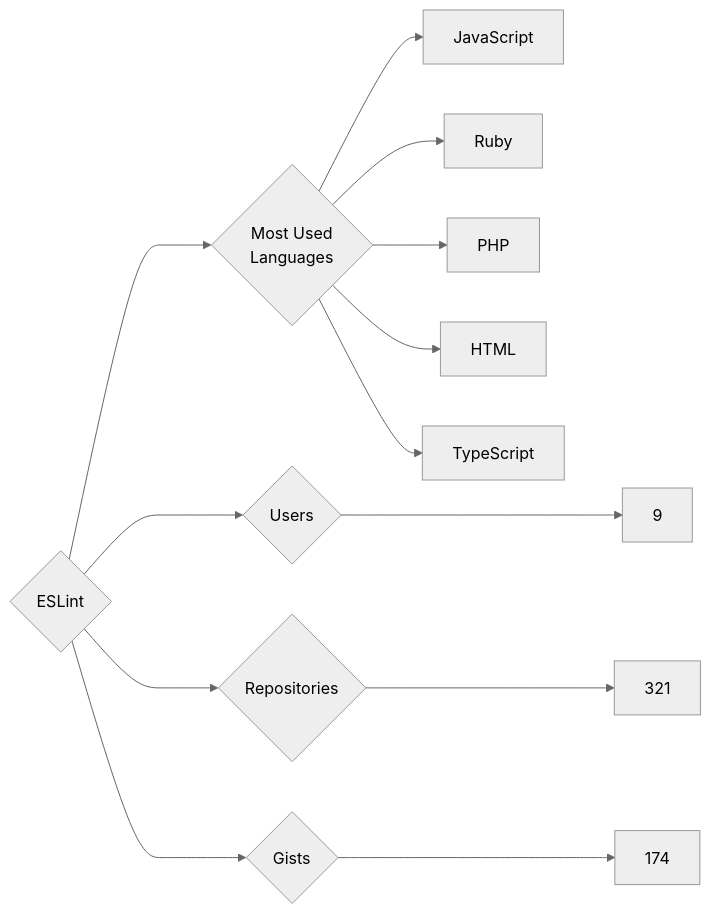
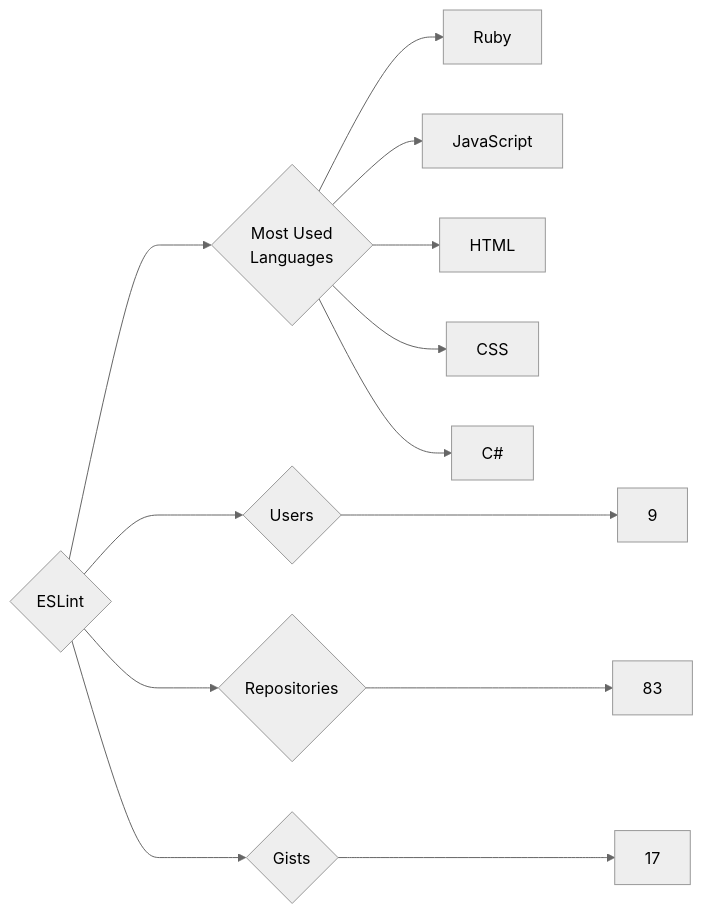
The diagram in targets/ESLint/README.md (trickest/insiders), drawn with Mermaid (neutral theme) before and after one commit. The commit also changed 840 other files, not shown here.

````diff
--- a/targets/ESLint/README.md
+++ b/targets/ESLint/README.md
@@ -3,13 +3,13 @@
 ```mermaid
 graph LR
 COMPANY_NAME{ESLint}
 COMPANY_NAME ---> U{Users} ---> UN[9]
-COMPANY_NAME ---> R{Repositories} ---> RN[321]
-COMPANY_NAME ---> G{Gists} ---> GN[174]
+COMPANY_NAME ---> R{Repositories} ---> RN[83]
+COMPANY_NAME ---> G{Gists} ---> GN[17]
 COMPANY_NAME ---> ML{Most Used<br>Languages}
+ML --> Ruby[Ruby]
 ML --> JavaScript[JavaScript]
-ML --> Ruby[Ruby]
-ML --> PHP[PHP]
 ML --> HTML[HTML]
-ML --> TypeScript[TypeScript]
+ML --> CSS[CSS]
+ML --> C#[C#]
 ```
````
